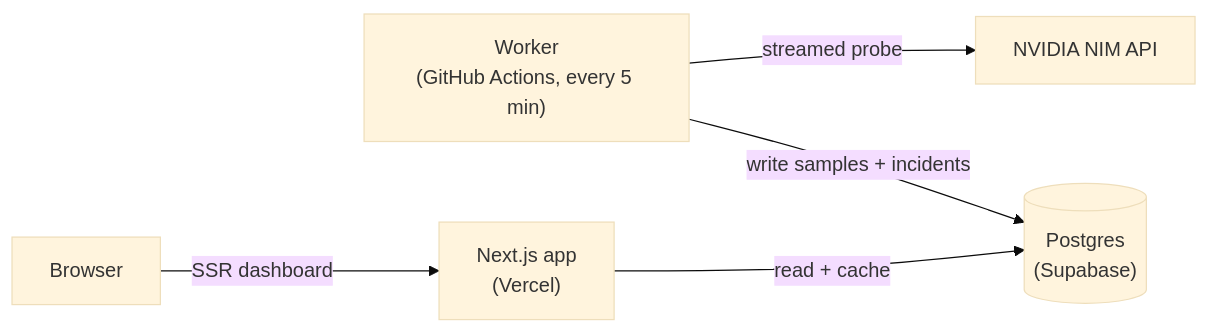
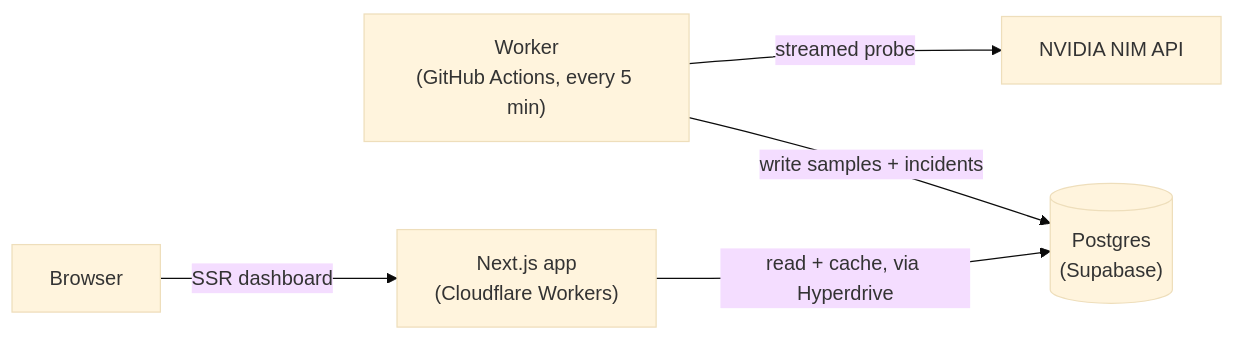
The diagram in README.md (AathilFelix/nim-stats), drawn with Mermaid (base theme) before and after one commit. The commit also changed other lines of this file and 4 other files, not shown here.

````diff
--- a/README.md
+++ b/README.md
@@ -38,7 +38,7 @@
 ```mermaid
 flowchart LR
     A["Worker<br/>(GitHub Actions, every 5 min)"] -->|streamed probe| B["NVIDIA NIM API"]
     A -->|write samples + incidents| C[("Postgres<br/>(Supabase)")]
-    D["Next.js app<br/>(Vercel)"] -->|read + cache| C
+    D["Next.js app<br/>(Cloudflare Workers)"] -->|read + cache, via Hyperdrive| C
     E["Browser"] -->|SSR dashboard| D
 ```
````
